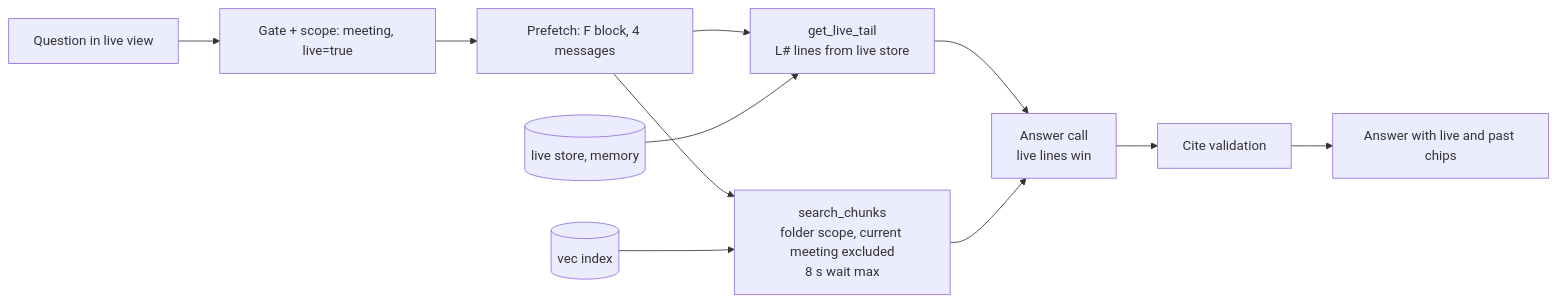
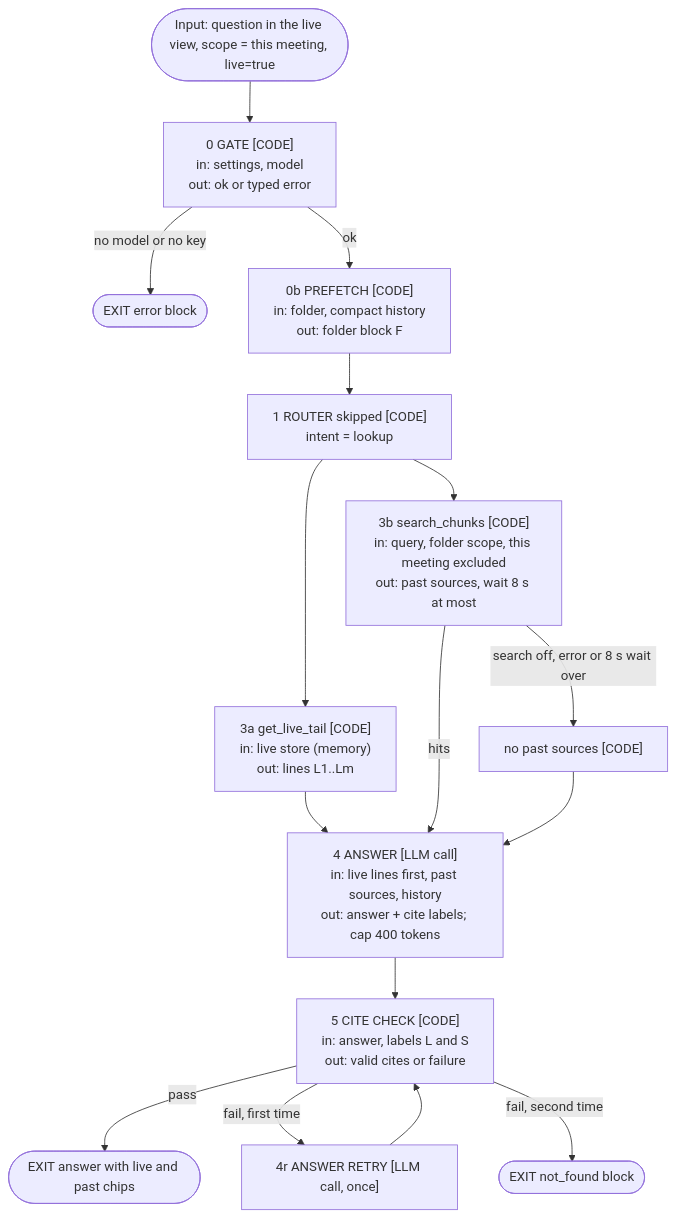
One commit to Maheidem/openstyle changed the second of 7 diagrams in specs/meeting-chat-agent.md. Above: the diagram before and after it, drawn with Mermaid. The commit also changed other lines of this file, not shown here.

First line of the commit message:
docs(spec): redraw live and failure diagrams to the conventions

````diff
--- a/specs/meeting-chat-agent.md
+++ b/specs/meeting-chat-agent.md
@@ -259,13 +259,19 @@
 ```mermaid
-flowchart LR
-  LQ["Question in live view"] --> GL["Gate + scope: meeting, live=true"]
-  GL --> PF["Prefetch: F block, 4 messages"]
-  PF --> LT["get_live_tail<br/>L# lines from live store"]
-  PF --> SC["search_chunks<br/>folder scope, current meeting excluded<br/>8 s wait max"]
-  LT --> AN["Answer call<br/>live lines win"]
-  SC --> AN
-  AN --> CV["Cite validation"]
-  CV --> OUT["Answer with live and past chips"]
-  STORE[("live store, memory")] --> LT
-  IDX[("vec index")] --> SC
+flowchart TD
+  IN(["Input: question in the live view, scope = this meeting, live=true"]) --> L0
+  L0["0 GATE [CODE]<br/>in: settings, model<br/>out: ok or typed error"]
+  L0 -->|"no model or no key"| LX1(["EXIT error block"])
+  L0 -->|ok| L0B["0b PREFETCH [CODE]<br/>in: folder, compact history<br/>out: folder block F"]
+  L0B --> L1["1 ROUTER skipped [CODE]<br/>intent = lookup"]
+  L1 --> L3A["3a get_live_tail [CODE]<br/>in: live store (memory)<br/>out: lines L1..Lm"]
+  L1 --> L3B["3b search_chunks [CODE]<br/>in: query, folder scope, this meeting excluded<br/>out: past sources, wait 8 s at most"]
+  L3B -->|"search off, error or 8 s wait over"| L3C["no past sources [CODE]"]
+  L3A --> L4
+  L3B -->|"hits"| L4
+  L3C --> L4["4 ANSWER [LLM call]<br/>in: live lines first, past sources, history<br/>out: answer + cite labels; cap 400 tokens"]
+  L4 --> L5["5 CITE CHECK [CODE]<br/>in: answer, labels L and S<br/>out: valid cites or failure"]
+  L5 -->|pass| LX2(["EXIT answer with live and past chips"])
+  L5 -->|"fail, first time"| L4R["4r ANSWER RETRY [LLM call, once]"]
+  L4R --> L5
+  L5 -->|"fail, second time"| LX3(["EXIT not_found block"])
 ```
````
